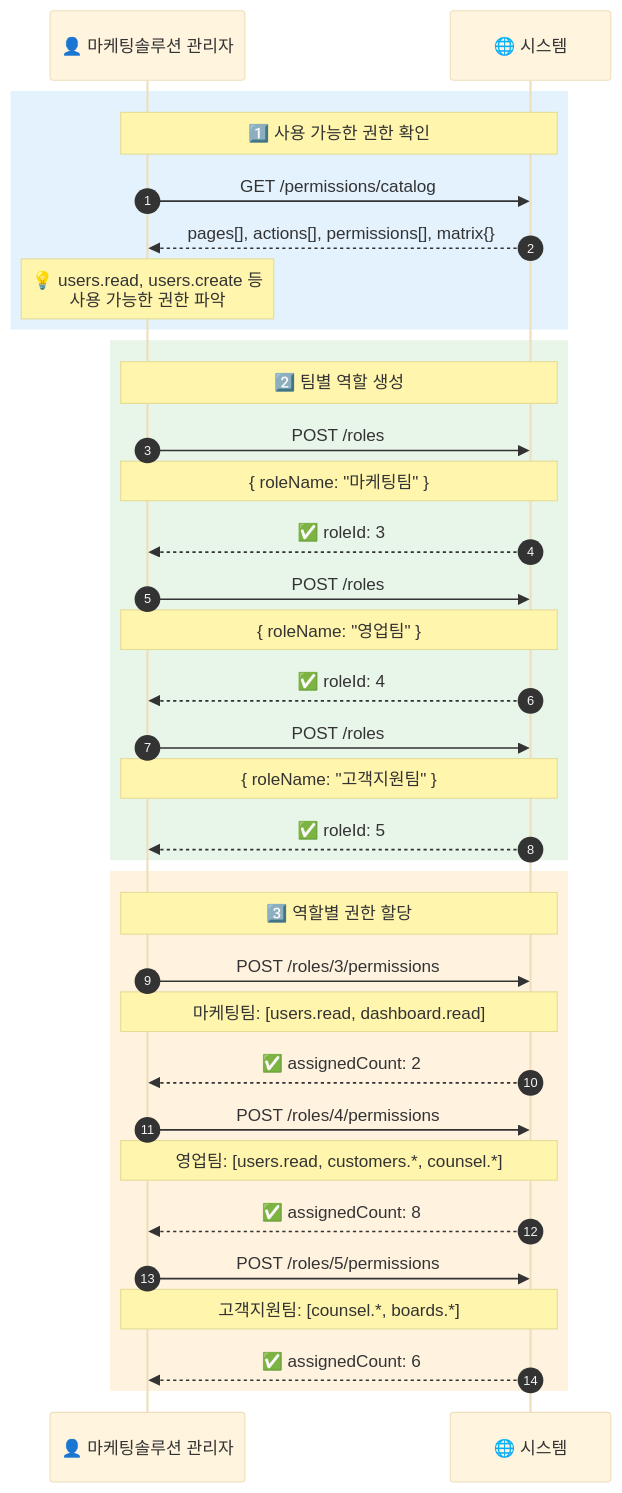
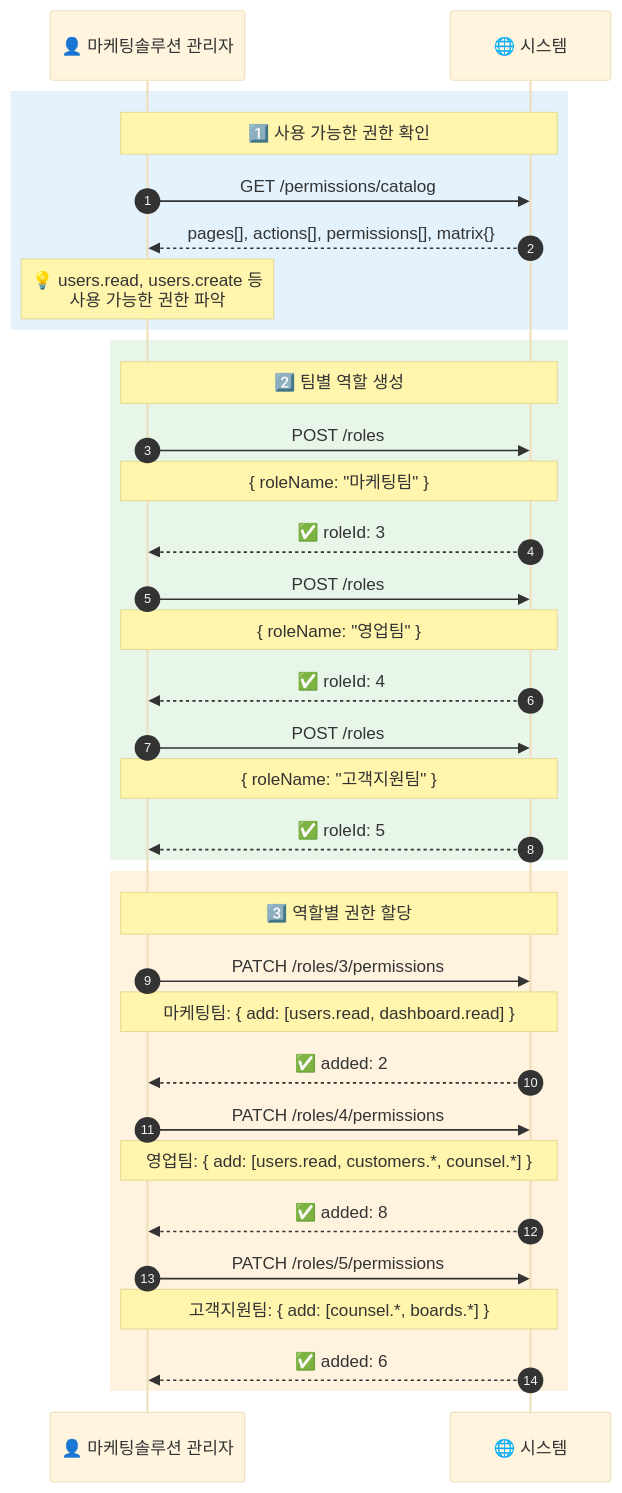
Before and after one commit to lee-sung-min405/flowdesk-admin-backend: diagram 39 of 53 in docs/user-flow.md, drawn with Mermaid (base theme). The commit also changed other lines of this file and 5 other files, not shown here.

````diff
--- a/docs/user-flow.md
+++ b/docs/user-flow.md
@@ -1918,43 +1952,43 @@
 ```mermaid
 sequenceDiagram
     autonumber
     participant Admin as 👤 마케팅솔루션 관리자
     participant System as 🌐 시스템
     
     rect rgb(227, 242, 253)
         Note over Admin,System: 1️⃣ 사용 가능한 권한 확인
         Admin->>System: GET /permissions/catalog
         System-->>Admin: pages[], actions[], permissions[], matrix{}
         Note over Admin: 💡 users.read, users.create 등<br/>사용 가능한 권한 파악
     end
     
     rect rgb(232, 245, 233)
         Note over Admin,System: 2️⃣ 팀별 역할 생성
         Admin->>System: POST /roles
         Note over Admin,System: { roleName: "마케팅팀" }
         System-->>Admin: ✅ roleId: 3
         
         Admin->>System: POST /roles
         Note over Admin,System: { roleName: "영업팀" }
         System-->>Admin: ✅ roleId: 4
         
         Admin->>System: POST /roles
         Note over Admin,System: { roleName: "고객지원팀" }
         System-->>Admin: ✅ roleId: 5
     end
     
     rect rgb(255, 243, 224)
         Note over Admin,System: 3️⃣ 역할별 권한 할당
-        Admin->>System: POST /roles/3/permissions
-        Note over Admin,System: 마케팅팀: [users.read, dashboard.read]
-        System-->>Admin: ✅ assignedCount: 2
+        Admin->>System: PATCH /roles/3/permissions
+        Note over Admin,System: 마케팅팀: { add: [users.read, dashboard.read] }
+        System-->>Admin: ✅ added: 2
         
-        Admin->>System: POST /roles/4/permissions
-        Note over Admin,System: 영업팀: [users.read, customers.*, counsel.*]
-        System-->>Admin: ✅ assignedCount: 8
+        Admin->>System: PATCH /roles/4/permissions
+        Note over Admin,System: 영업팀: { add: [users.read, customers.*, counsel.*] }
+        System-->>Admin: ✅ added: 8
         
-        Admin->>System: POST /roles/5/permissions
-        Note over Admin,System: 고객지원팀: [counsel.*, boards.*]
-        System-->>Admin: ✅ assignedCount: 6
+        Admin->>System: PATCH /roles/5/permissions
+        Note over Admin,System: 고객지원팀: { add: [counsel.*, boards.*] }
+        System-->>Admin: ✅ added: 6
     end
 ```
````
